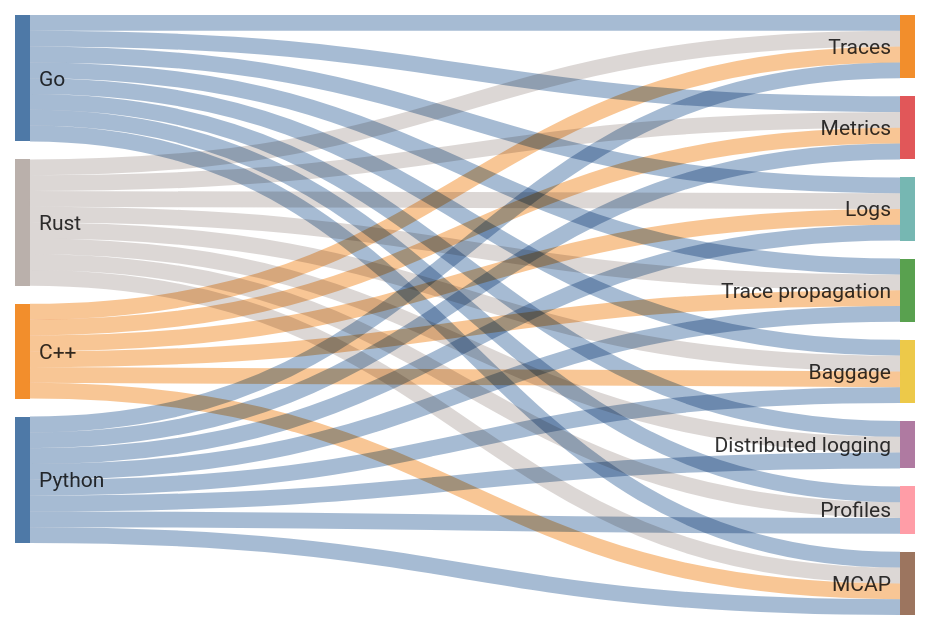
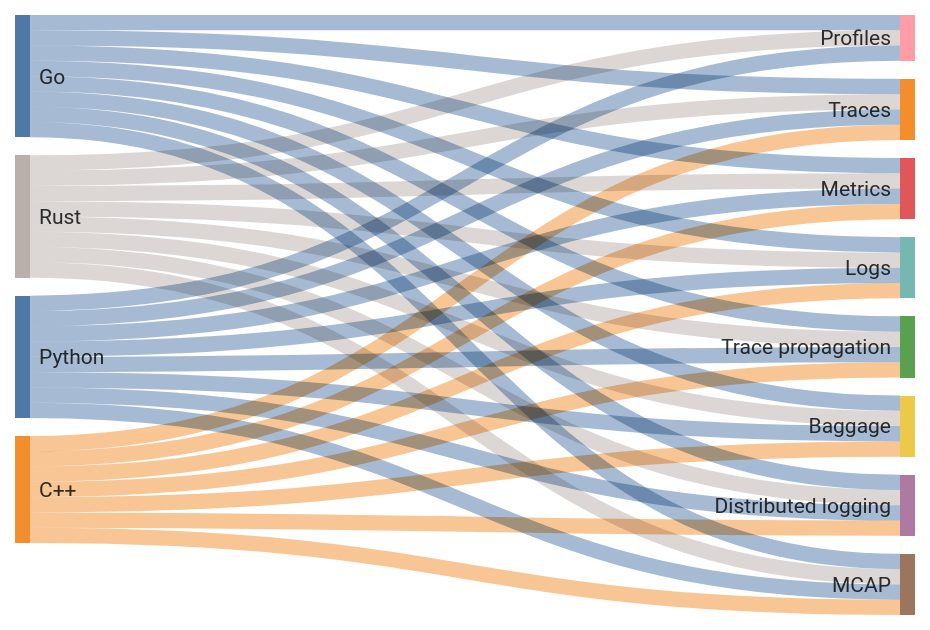
One commit to the-protobuf-project/telemetry changed the second of 3 diagrams in README.md. Above: the diagram before and after it, drawn with Mermaid. The commit also changed other lines of this file and 45 other files, not shown here.

````diff
--- a/README.md
+++ b/README.md
@@ -301,41 +301,42 @@
 ```mermaid
 ---
 config:
   sankey:
     showValues: false
     linkColor: source
     nodeAlignment: justify
 ---
 sankey-beta
 
 Go,Traces,1
 Go,Metrics,1
 Go,Logs,1
 Go,Trace propagation,1
 Go,Baggage,1
 Go,Distributed logging,1
 Go,Profiles,1
 Go,MCAP,1
 Rust,Traces,1
 Rust,Metrics,1
 Rust,Logs,1
 Rust,Trace propagation,1
 Rust,Baggage,1
 Rust,Distributed logging,1
 Rust,Profiles,1
 Rust,MCAP,1
 Python,Traces,1
 Python,Metrics,1
 Python,Logs,1
 Python,Trace propagation,1
 Python,Baggage,1
 Python,Distributed logging,1
 Python,Profiles,1
 Python,MCAP,1
 C++,Traces,1
 C++,Metrics,1
 C++,Logs,1
 C++,Trace propagation,1
 C++,Baggage,1
+C++,Distributed logging,1
 C++,MCAP,1
 ```
````
